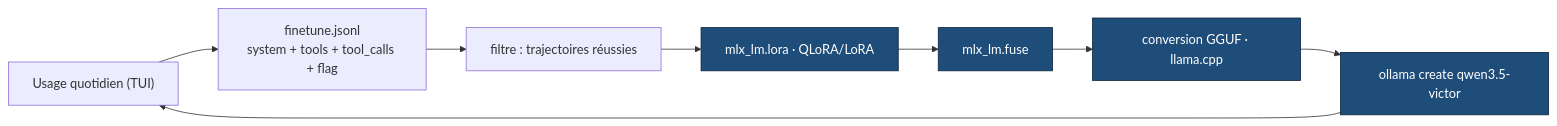
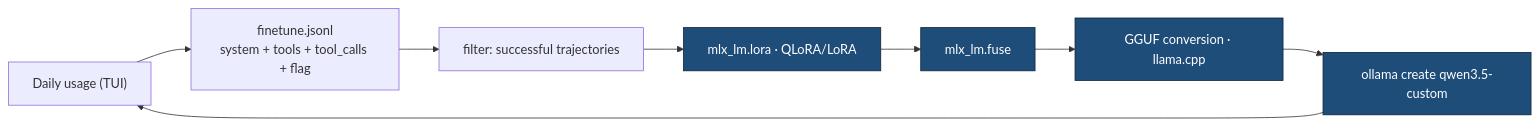
One commit to Tromset/Ollama-Code changed the ninth of 10 diagrams in DOCUMENTATION.md. Above: the diagram before and after it, drawn with Mermaid. The commit also changed other lines of this file and 19 other files, not shown here.

First line of the commit message:
chore: rename qwen-harness to ollama-code; global command + install docs

````diff
--- a/DOCUMENTATION.md
+++ b/DOCUMENTATION.md
@@ -487,13 +487,13 @@
 ```mermaid
 flowchart LR
-    Use["Usage quotidien (TUI)"] --> Log["finetune.jsonl<br/>system + tools + tool_calls + flag"]
-    Log --> Filter["filtre : trajectoires réussies"]
+    Use["Daily usage (TUI)"] --> Log["finetune.jsonl<br/>system + tools + tool_calls + flag"]
+    Log --> Filter["filter: successful trajectories"]
     Filter --> MLX["mlx_lm.lora · QLoRA/LoRA"]
     MLX --> Fuse["mlx_lm.fuse"]
-    Fuse --> GGUF["conversion GGUF · llama.cpp"]
-    GGUF --> Create["ollama create qwen3.5-victor"]
+    Fuse --> GGUF["GGUF conversion · llama.cpp"]
+    GGUF --> Create["ollama create qwen3.5-custom"]
     Create --> Use
 
     classDef hot fill:#1f4d7a,color:#fff,stroke:#0d243d;
     class MLX,Fuse,GGUF,Create hot;
 ```
````
